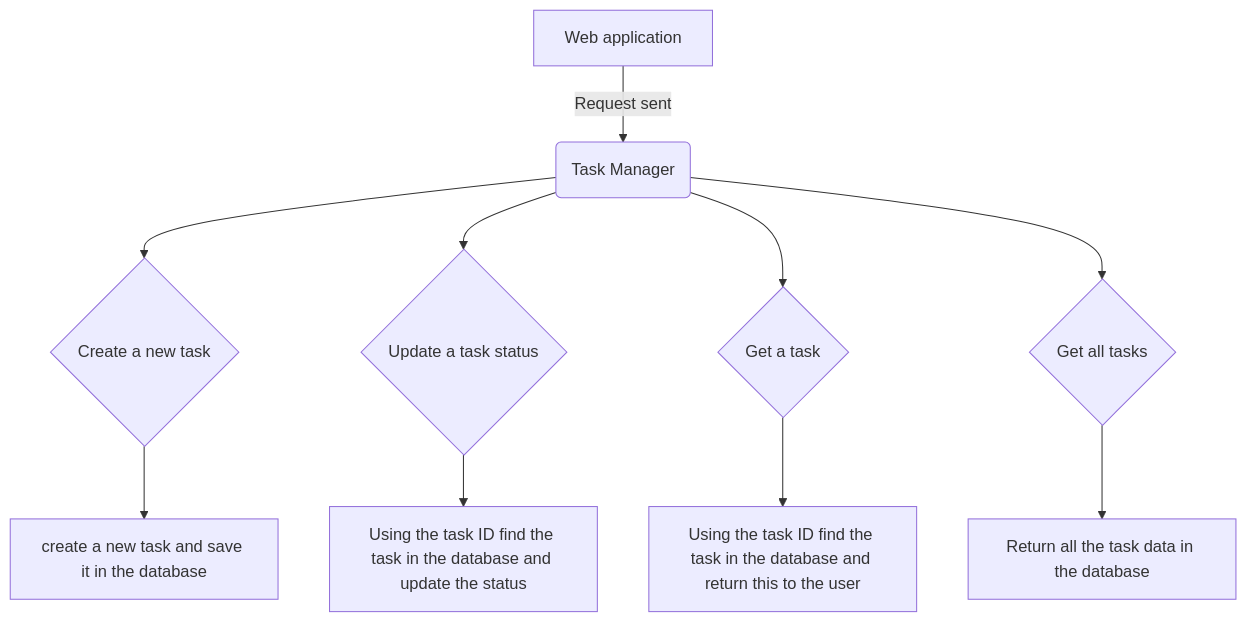
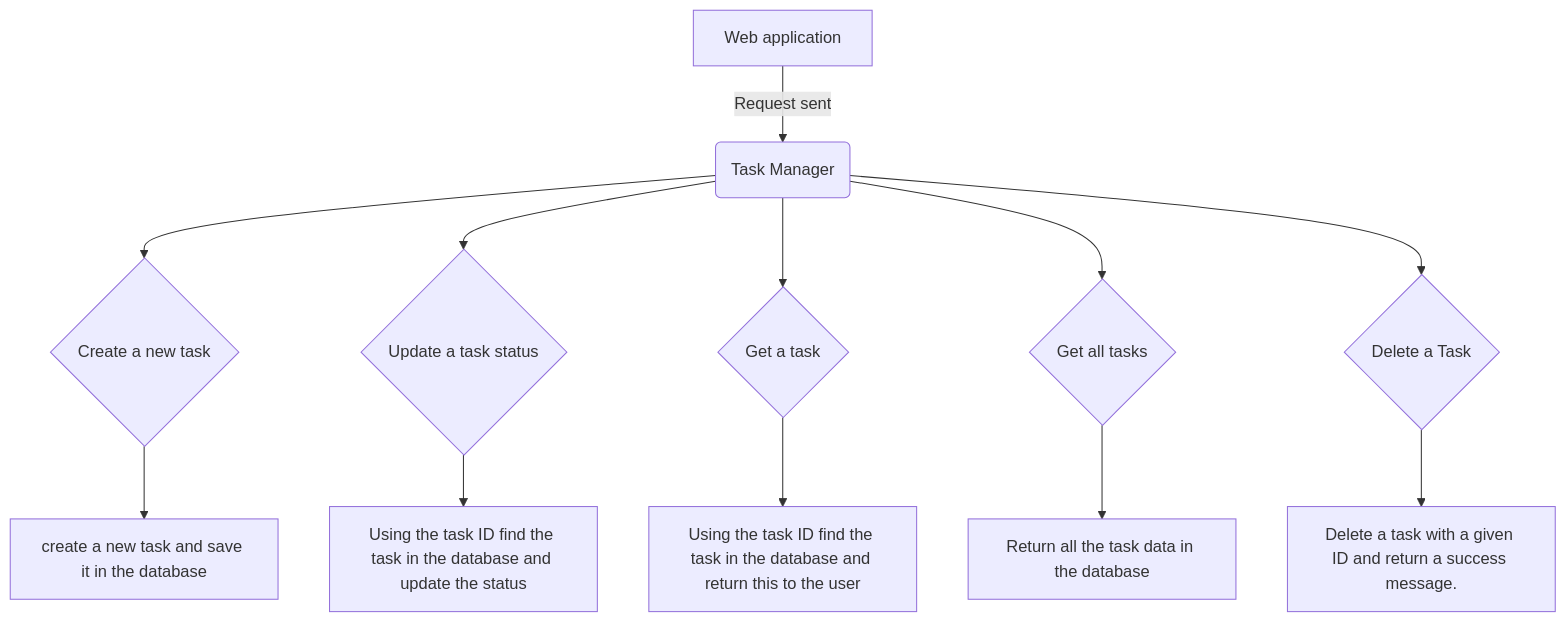
One commit to Anon-developer365/TaskManager changed the diagram in README.md. Above: the diagram before and after it, drawn with Mermaid. The commit also changed other lines of this file, not shown here.

````diff
--- a/README.md
+++ b/README.md
@@ -8,12 +8,14 @@
 ```mermaid
 flowchart TD
 A[Web application] -->|Request sent | B(Task Manager)
 B --> C{Create a new task}
 B --> D{Update a task status}
 B --> E{Get a task}
 B --> F{Get all tasks}
 C --> G[create a new task and save it in the database]
 D --> H[Using the task ID find the task in the database and update the status]
 E --> I[Using the task ID find the task in the database and return this to the user]
 F --> J[Return all the task data in the database]
+B --> K{Delete a Task}
+K --> L[Delete a task with a given ID and return a success message.]
 ```
````
